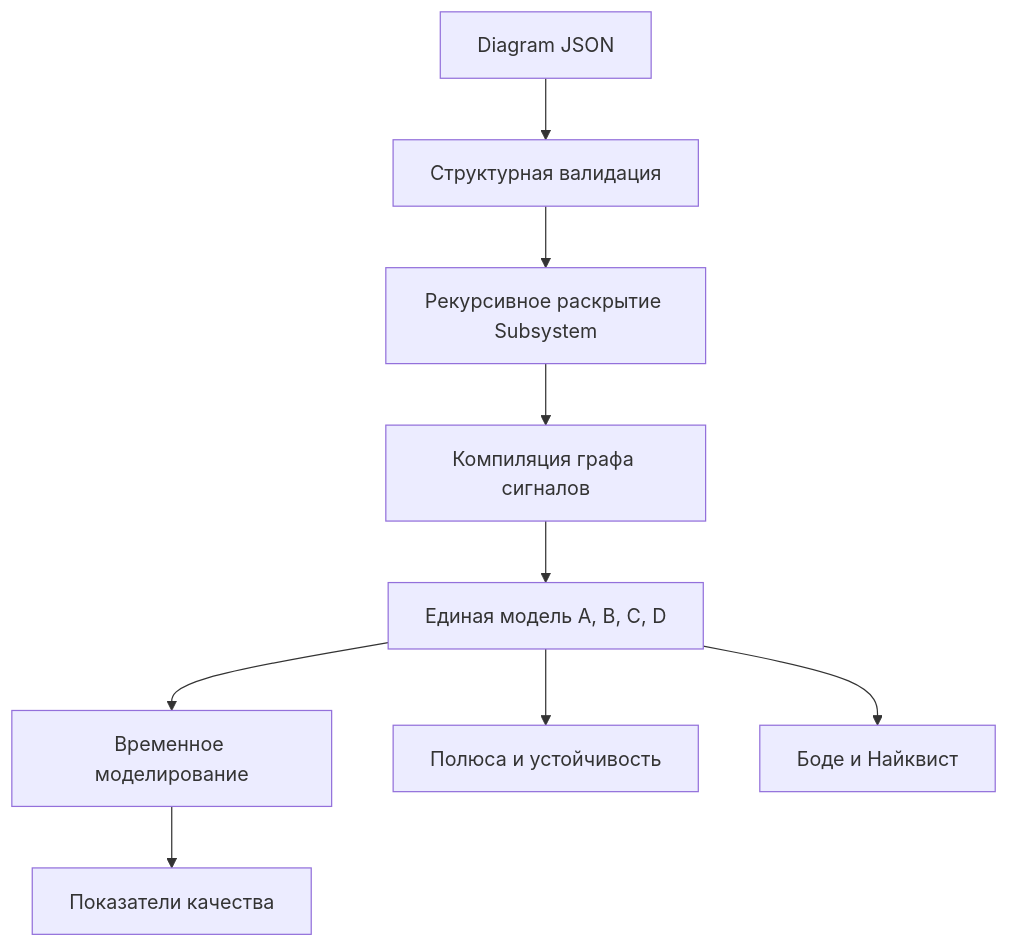
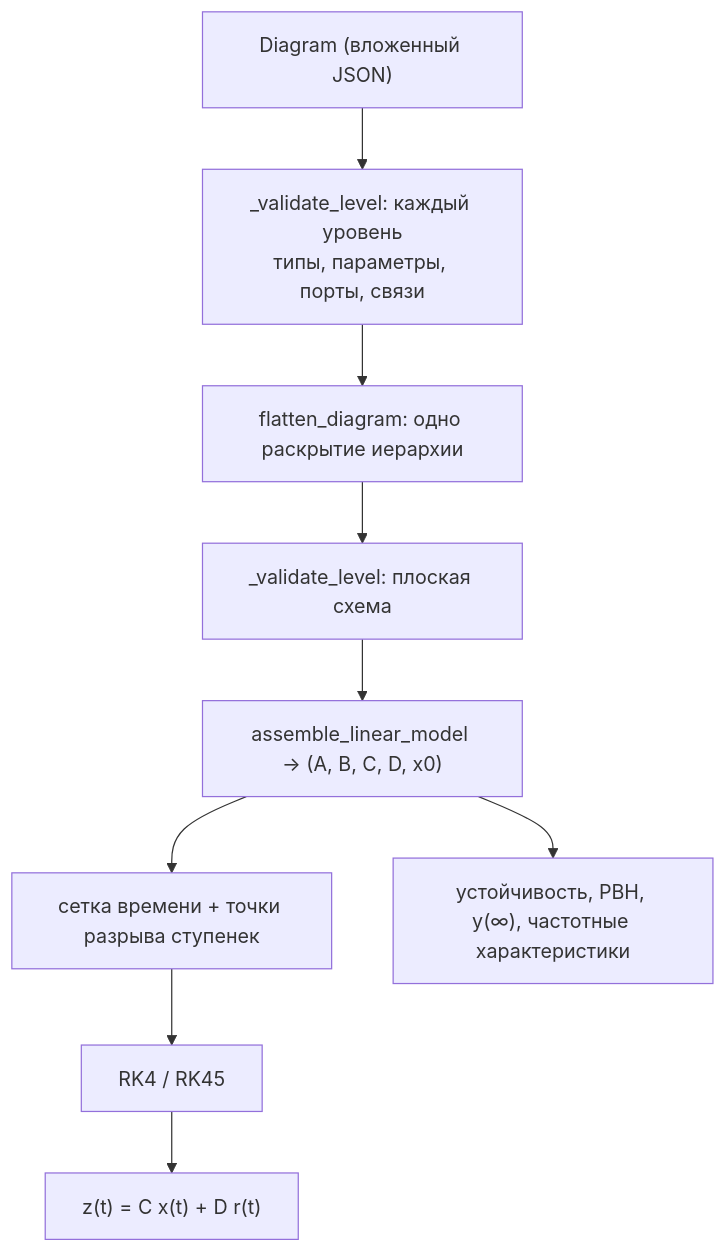
One commit to quenyu/NIR changed the second of 2 diagrams in docs/architecture_overview.md. Above: the diagram before and after it, drawn with Mermaid. The commit also changed other lines of this file and 40 other files, not shown here.

````diff
--- a/docs/architecture_overview.md
+++ b/docs/architecture_overview.md
@@ -22,11 +42,11 @@
 ```mermaid
 flowchart TD
-    J["Diagram JSON"] --> V["Структурная валидация"]
-    V --> H["Рекурсивное раскрытие Subsystem"]
-    H --> G["Компиляция графа сигналов"]
-    G --> S["Единая модель A, B, C, D"]
-    S --> T["Временное моделирование"]
-    S --> ST["Полюса и устойчивость"]
-    S --> FR["Боде и Найквист"]
-    T --> Q["Показатели качества"]
+    J["Diagram (вложенный JSON)"] --> V1["_validate_level: каждый уровень<br/>типы, параметры, порты, связи"]
+    V1 --> F["flatten_diagram: одно раскрытие иерархии"]
+    F --> V2["_validate_level: плоская схема"]
+    V2 --> M["assemble_linear_model → (A, B, C, D, x0)"]
+    M --> T["сетка времени + точки разрыва ступенек"]
+    T --> I["RK4 / RK45"]
+    I --> O["z(t) = C x(t) + D r(t)"]
+    M --> AN["устойчивость, PBH, y(∞), частотные характеристики"]
 ```
````
